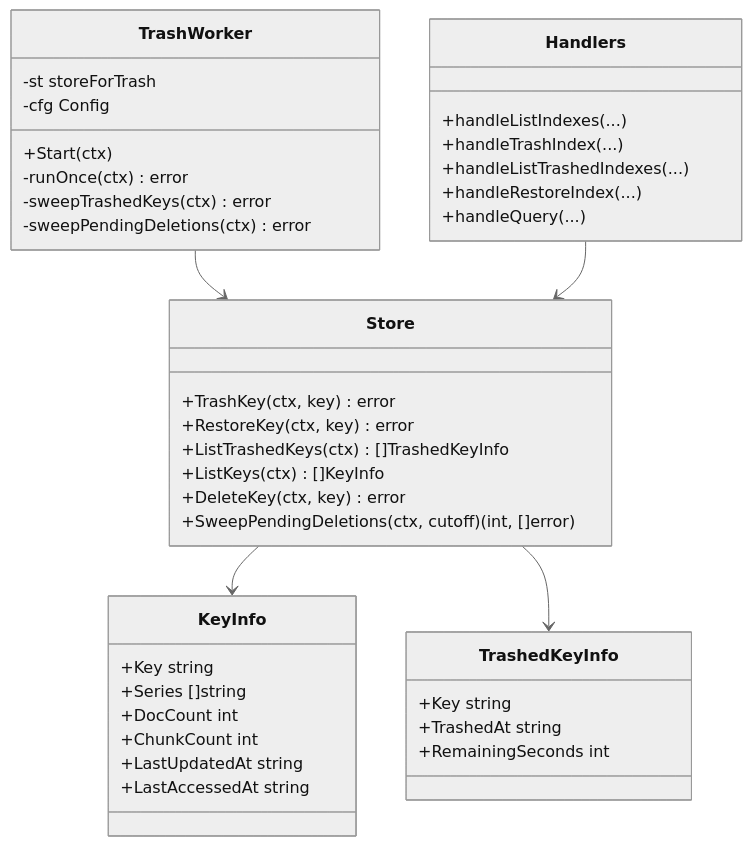
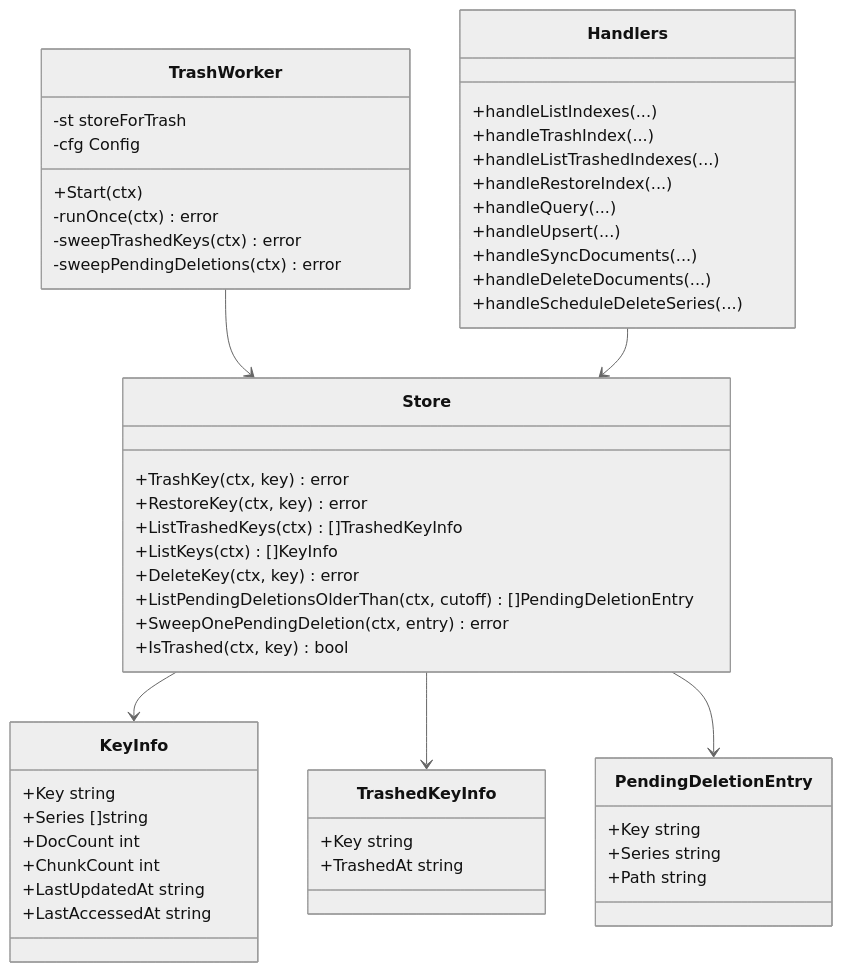
Before and after one commit to BlueEventHorizon/doc-db-mcp-server: the second of 6 diagrams in docs/specs/expiry-visibility/design/DES-003_expiry_visibility_design.md, drawn with Mermaid (neutral theme). The commit also changed other lines of this file and 6 other files, not shown here.

````diff
--- a/docs/specs/expiry-visibility/design/DES-003_expiry_visibility_design.md
+++ b/docs/specs/expiry-visibility/design/DES-003_expiry_visibility_design.md
@@ -87,43 +89,54 @@
 ```mermaid
 classDiagram
     class Store {
         +TrashKey(ctx, key) error
         +RestoreKey(ctx, key) error
         +ListTrashedKeys(ctx) []TrashedKeyInfo
         +ListKeys(ctx) []KeyInfo
         +DeleteKey(ctx, key) error
-        +SweepPendingDeletions(ctx, cutoff) (int, []error)
+        +ListPendingDeletionsOlderThan(ctx, cutoff) []PendingDeletionEntry
+        +SweepOnePendingDeletion(ctx, entry) error
+        +IsTrashed(ctx, key) bool
     }
     class KeyInfo {
         +Key string
         +Series []string
         +DocCount int
         +ChunkCount int
         +LastUpdatedAt string
         +LastAccessedAt string
     }
     class TrashedKeyInfo {
         +Key string
         +TrashedAt string
-        +RemainingSeconds int
+    }
+    class PendingDeletionEntry {
+        +Key string
+        +Series string
+        +Path string
     }
     class TrashWorker {
         -st storeForTrash
         -cfg Config
         +Start(ctx)
         -runOnce(ctx) error
         -sweepTrashedKeys(ctx) error
         -sweepPendingDeletions(ctx) error
     }
     class Handlers {
         +handleListIndexes(...)
         +handleTrashIndex(...)
         +handleListTrashedIndexes(...)
         +handleRestoreIndex(...)
         +handleQuery(...)
+        +handleUpsert(...)
+        +handleSyncDocuments(...)
+        +handleDeleteDocuments(...)
+        +handleScheduleDeleteSeries(...)
     }
     Store --> KeyInfo
     Store --> TrashedKeyInfo
+    Store --> PendingDeletionEntry
     TrashWorker --> Store
     Handlers --> Store
 ```
````
